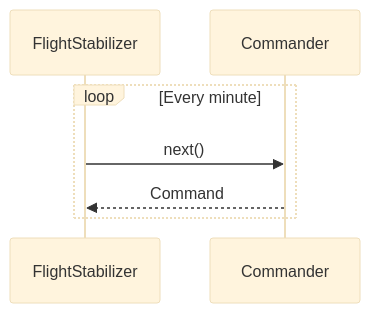
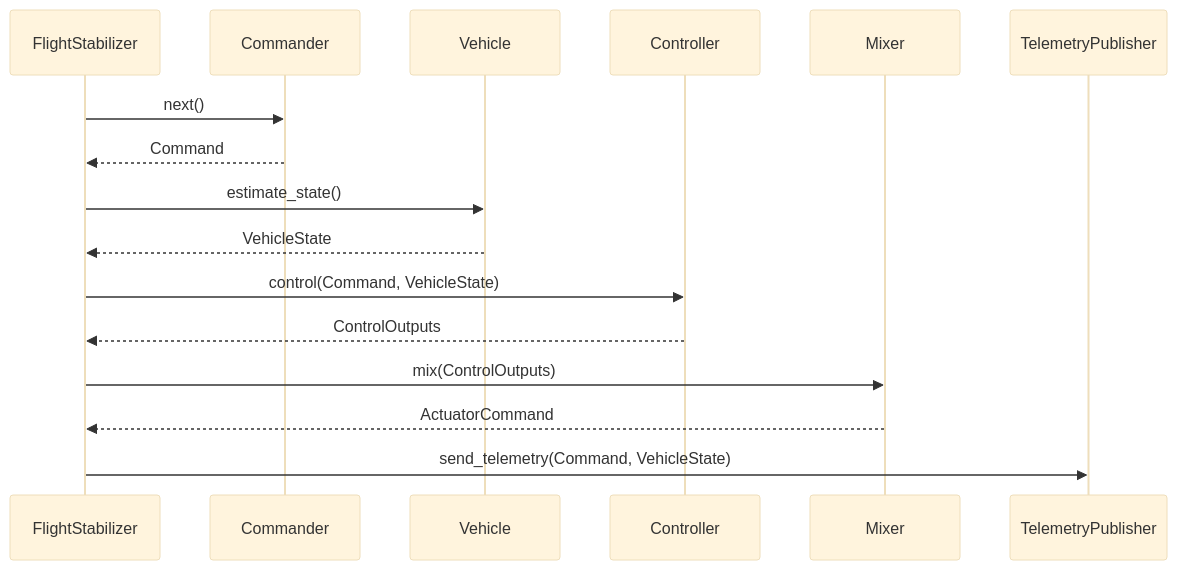
One commit to wboayue/stable-flight changed the diagram in architecture.md. Above: the diagram before and after it, drawn with Mermaid (base theme).

Commit message:
added sequence

````diff
--- a/architecture.md
+++ b/architecture.md
@@ -13,10 +13,19 @@
 ```mermaid
 sequenceDiagram
     participant FlightStabilizer
     participant Commander
+    participant Vehicle
+    participant Controller
+    participant Mixer
+    participant TelemetryPublisher
 
-    loop Every minute
-        FlightStabilizer->>Commander: next()
-        Commander-->>FlightStabilizer: Command
-    end
+    FlightStabilizer->>Commander: next()
+    Commander-->>FlightStabilizer: Command
+    FlightStabilizer->>Vehicle: estimate_state()
+    Vehicle-->>FlightStabilizer: VehicleState
+    FlightStabilizer->>Controller: control(Command, VehicleState)
+    Controller-->>FlightStabilizer: ControlOutputs
+    FlightStabilizer->>Mixer: mix(ControlOutputs)
+    Mixer-->>FlightStabilizer: ActuatorCommand
+    FlightStabilizer->>TelemetryPublisher: send_telemetry(Command, VehicleState)
 ```
````
